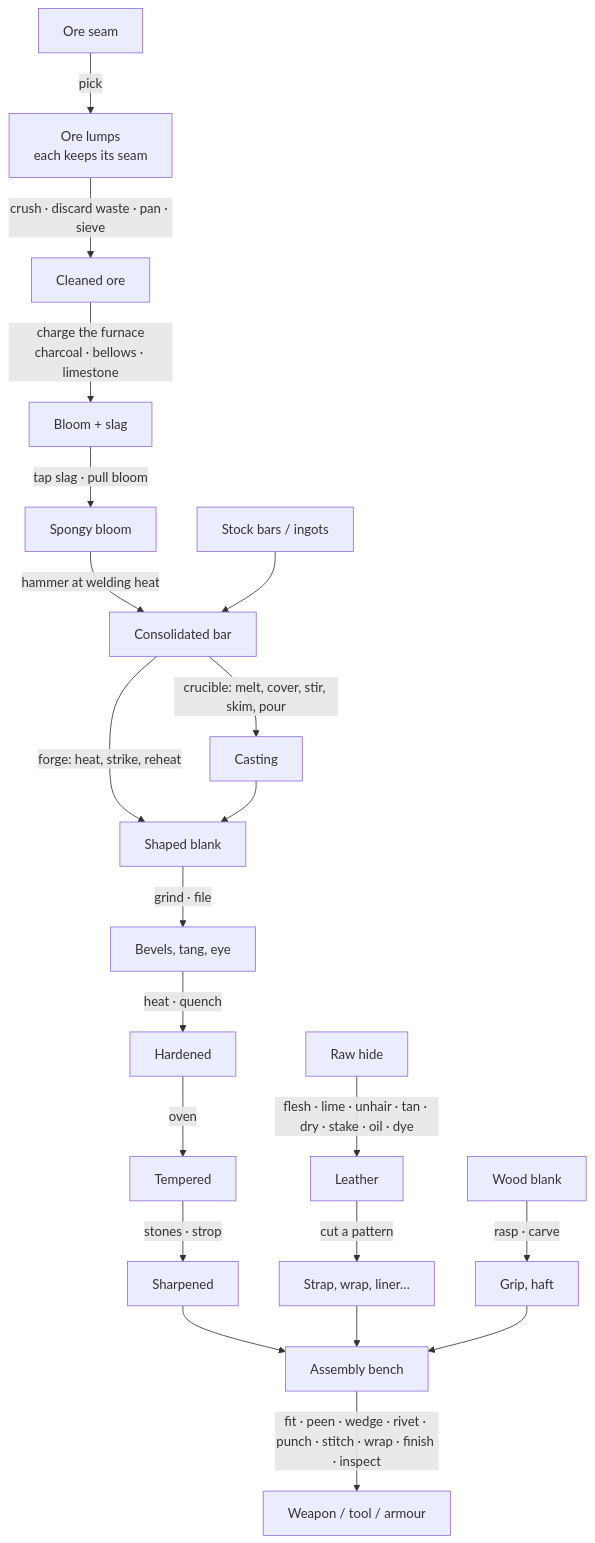
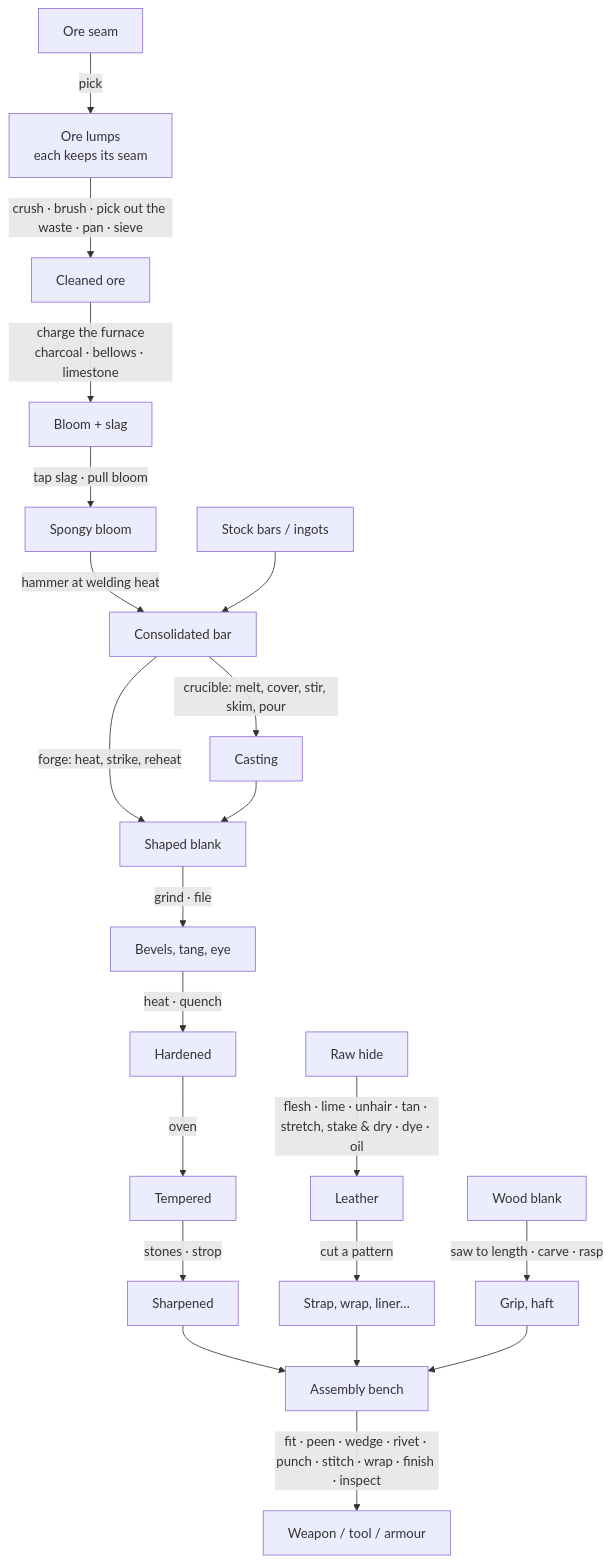
The first of 2 diagrams in Documentation/Crafting/01-Overview-and-Setup.md (Kaynan-Jamelaumn/SimpleMovementsUnityPackage), drawn with Mermaid before and after one commit. The commit also changed other lines of this file and 157 other files, not shown here.

````diff
--- a/Documentation/Crafting/01-Overview-and-Setup.md
+++ b/Documentation/Crafting/01-Overview-and-Setup.md
@@ -55,23 +70,23 @@
 ```mermaid
 flowchart TD
     D[Ore seam] -->|pick| L[Ore lumps<br/>each keeps its seam]
-    L -->|crush · discard waste · pan · sieve| C[Cleaned ore]
+    L -->|crush · brush · pick out the waste · pan · sieve| C[Cleaned ore]
     C -->|charge the furnace<br/>charcoal · bellows · limestone| F[Bloom + slag]
     F -->|tap slag · pull bloom| B[Spongy bloom]
     B -->|hammer at welding heat| BAR[Consolidated bar]
     S[Stock bars / ingots] --> BAR
     BAR -->|crucible: melt, cover, stir, skim, pour| CAST[Casting]
     BAR -->|forge: heat, strike, reheat| SHAPE[Shaped blank]
     CAST --> SHAPE
     SHAPE -->|grind · file| BEV[Bevels, tang, eye]
     BEV -->|heat · quench| HARD[Hardened]
     HARD -->|oven| TEMP[Tempered]
     TEMP -->|stones · strop| EDGE[Sharpened]
-    H[Raw hide] -->|flesh · lime · unhair · tan · dry · stake · oil · dye| LEA[Leather]
+    H[Raw hide] -->|flesh · lime · unhair · tan · stretch, stake & dry · dye · oil| LEA[Leather]
     LEA -->|cut a pattern| PART[Strap, wrap, liner…]
-    W[Wood blank] -->|rasp · carve| HAFT[Grip, haft]
+    W[Wood blank] -->|saw to length · carve · rasp| HAFT[Grip, haft]
     EDGE --> ASM[Assembly bench]
     PART --> ASM
     HAFT --> ASM
     ASM -->|fit · peen · wedge · rivet · punch · stitch · wrap · finish · inspect| ITEM[Weapon / tool / armour]
 ```
````
